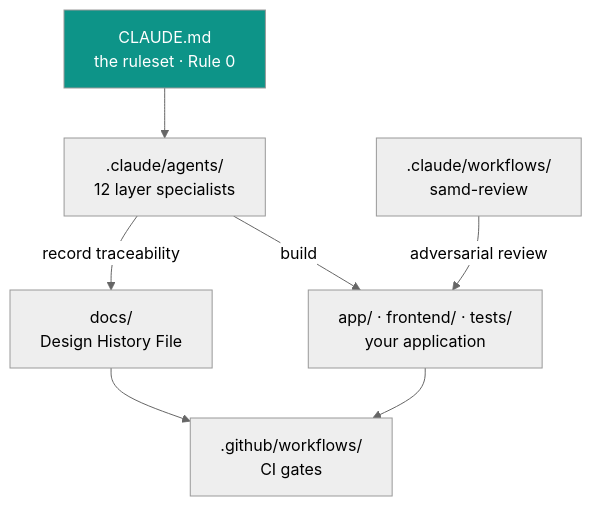
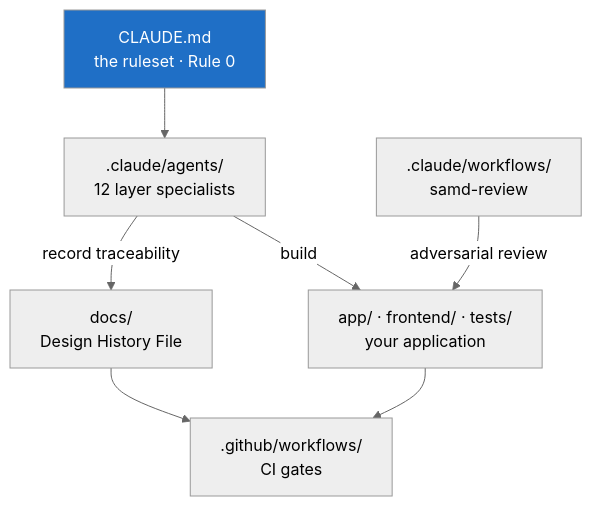
Before and after one commit to bryan-basg/samd-starter-kit: the diagram in README.md, drawn with Mermaid (neutral theme). The commit also changed other lines of this file and 9 other files, not shown here.

````diff
--- a/README.md
+++ b/README.md
@@ -74,16 +81,16 @@
 ```mermaid
 flowchart TB
     RULES["CLAUDE.md<br/>the ruleset · Rule 0"]
     AGENTS[".claude/agents/<br/>12 layer specialists"]
     WF[".claude/workflows/<br/>samd-review"]
     CODE["app/ · frontend/ · tests/<br/>your application"]
     DHF["docs/<br/>Design History File"]
     CI[".github/workflows/<br/>CI gates"]
     RULES --> AGENTS
     AGENTS -->|build| CODE
     AGENTS -->|record traceability| DHF
     WF -->|adversarial review| CODE
     CODE --> CI
     DHF --> CI
-    style RULES fill:#0d9488,color:#fff
+    style RULES fill:#1F6FC6,color:#fff
 ```
````
